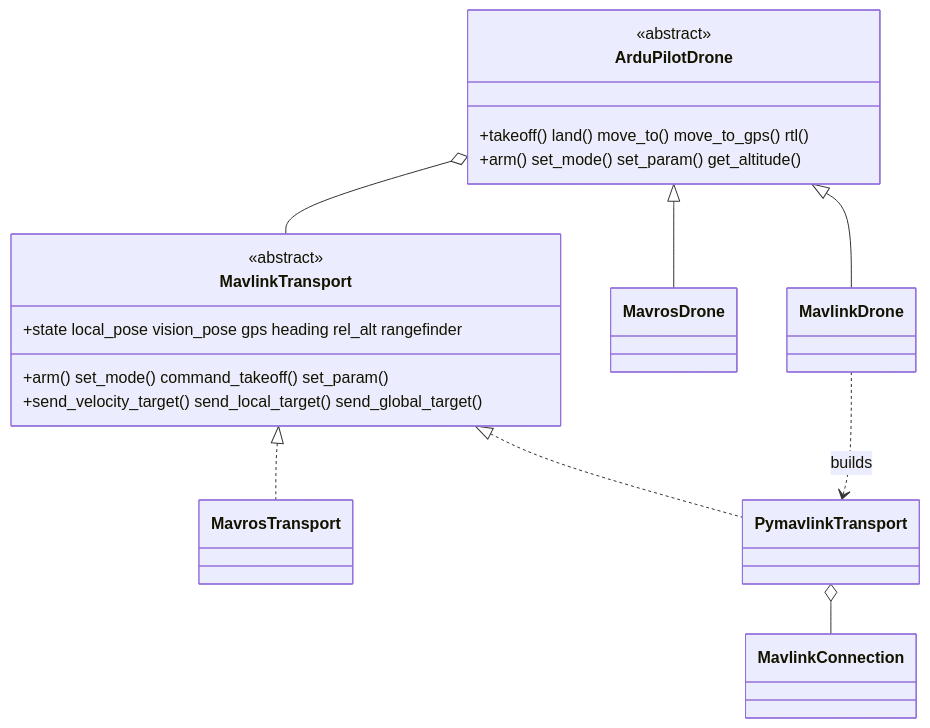
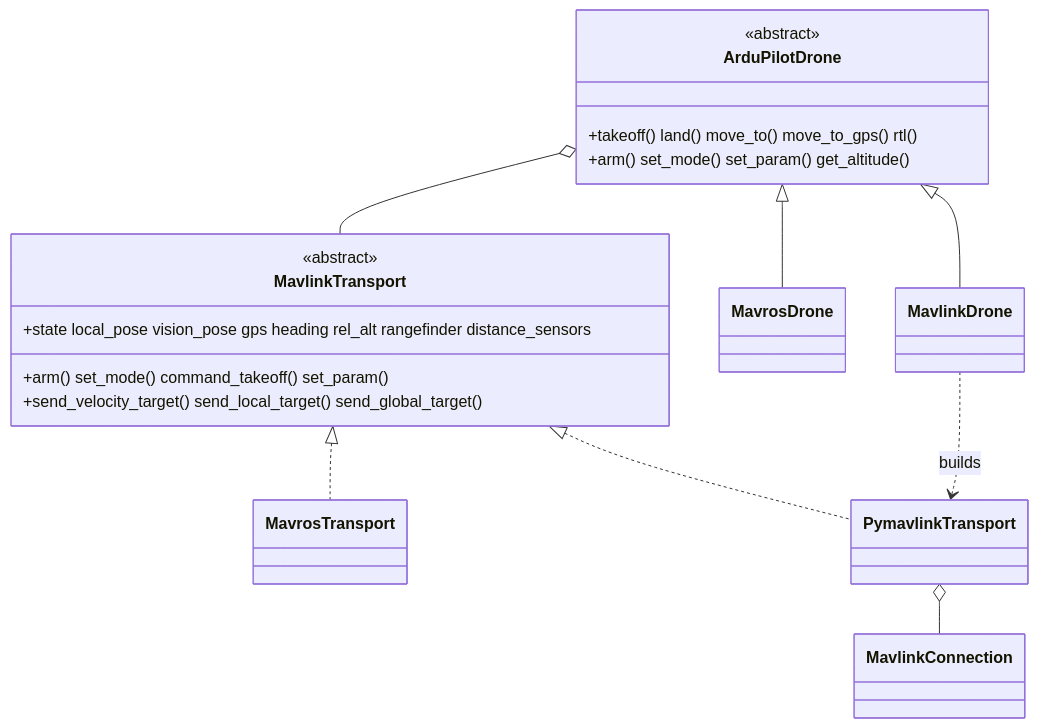
Before and after one commit to Black-Bee-Drones/nectar-sdk: the diagram in nectar/nectar/control/mavlink/README.md, drawn with Mermaid. The commit also changed other lines of this file and 21 other files, not shown here.

````diff
--- a/nectar/nectar/control/mavlink/README.md
+++ b/nectar/nectar/control/mavlink/README.md
@@ -7,23 +7,23 @@
 ```mermaid
 classDiagram
     class ArduPilotDrone {
         <<abstract>>
         +takeoff() land() move_to() move_to_gps() rtl()
         +arm() set_mode() set_param() get_altitude()
     }
     class MavlinkTransport {
         <<abstract>>
-        +state local_pose vision_pose gps heading rel_alt rangefinder
+        +state local_pose vision_pose gps heading rel_alt rangefinder distance_sensors
         +arm() set_mode() command_takeoff() set_param()
         +send_velocity_target() send_local_target() send_global_target()
     }
     class MavrosTransport
     class PymavlinkTransport
     ArduPilotDrone o-- MavlinkTransport
     MavlinkTransport <|.. MavrosTransport
     MavlinkTransport <|.. PymavlinkTransport
     ArduPilotDrone <|-- MavrosDrone
     ArduPilotDrone <|-- MavlinkDrone
     MavlinkDrone ..> PymavlinkTransport : builds
     PymavlinkTransport o-- MavlinkConnection
 ```
````
